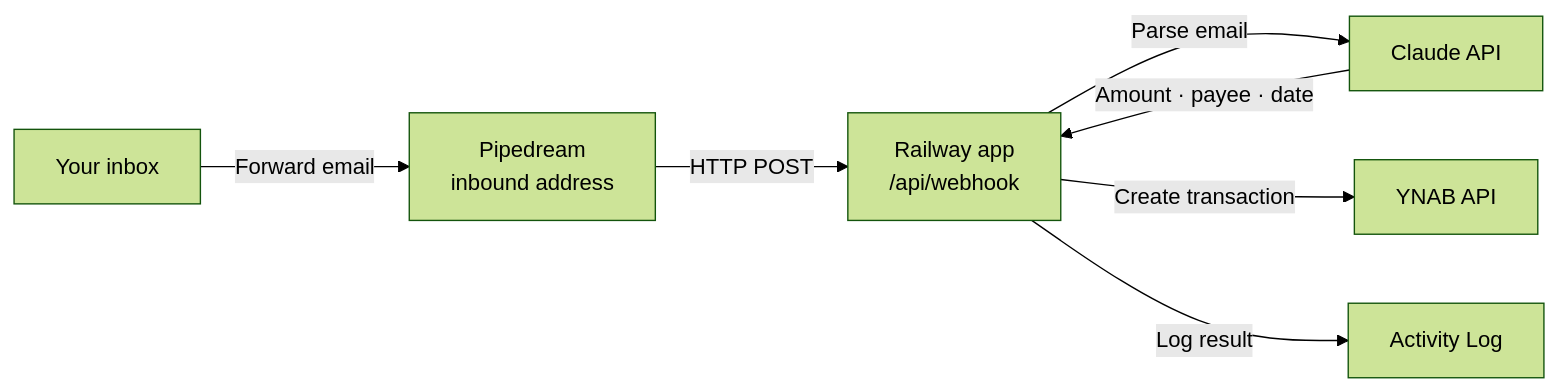
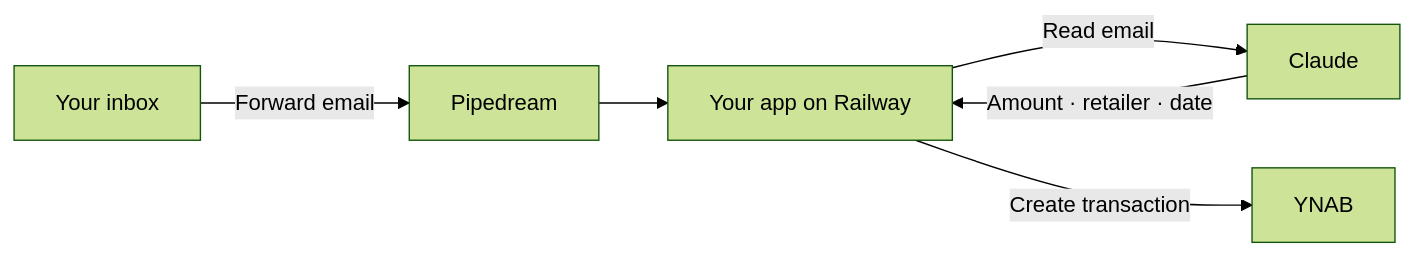
One commit to mirkanu/ynab-automation changed the diagram in README.md. Above: the diagram before and after it, drawn with Mermaid (forest theme). The commit also changed other lines of this file, not shown here.

````diff
--- a/README.md
+++ b/README.md
@@ -89,9 +54,8 @@
 ```mermaid
 flowchart LR
-    A[Your inbox] -->|Forward email| B["Pipedream<br/>inbound address"]
-    B -->|HTTP POST| C["Railway app<br/>/api/webhook"]
-    C -->|Parse email| D[Claude API]
-    D -->|Amount · payee · date| C
-    C -->|Create transaction| E[YNAB API]
-    C -->|Log result| F[Activity Log]
+    A[Your inbox] -->|Forward email| B[Pipedream]
+    B --> C[Your app on Railway]
+    C -->|Read email| D[Claude]
+    D -->|Amount · retailer · date| C
+    C -->|Create transaction| E[YNAB]
 ```
````
